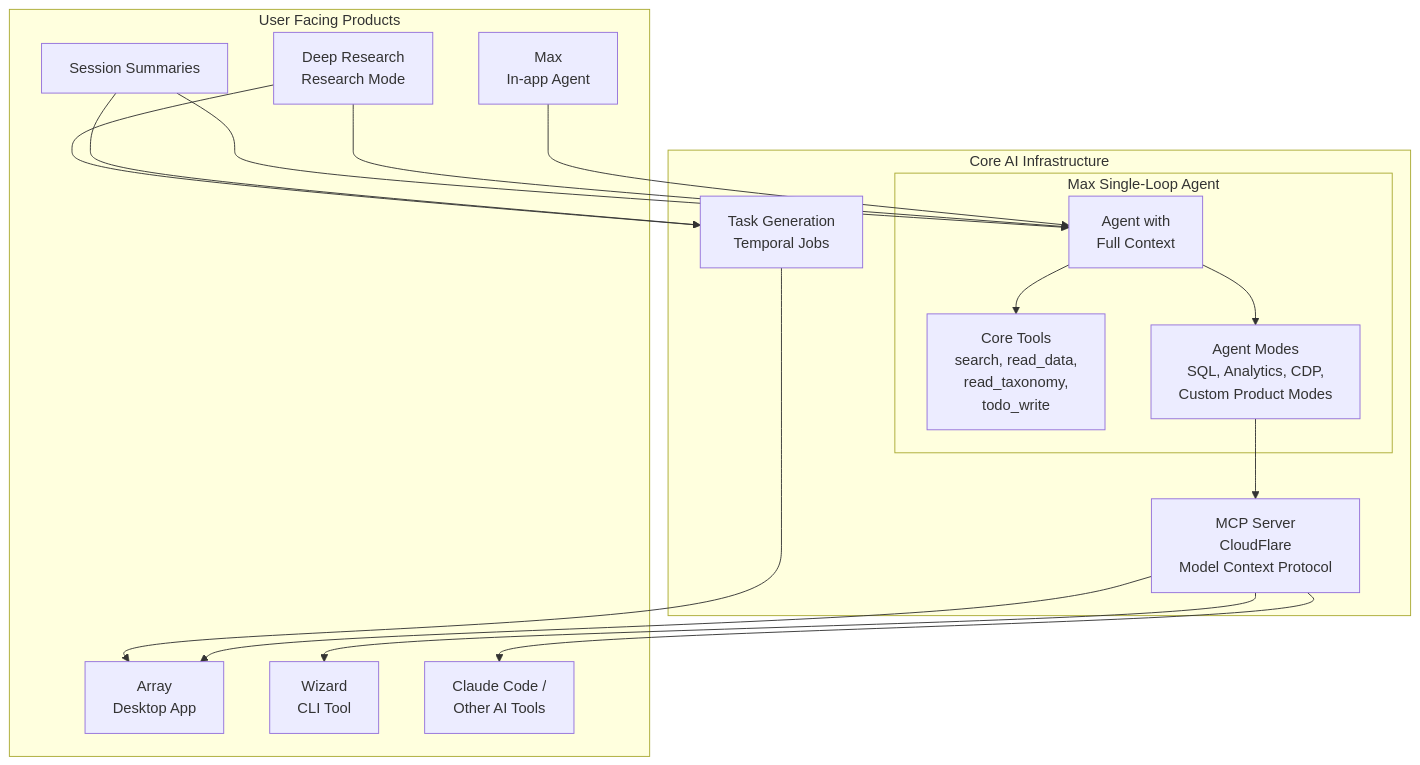
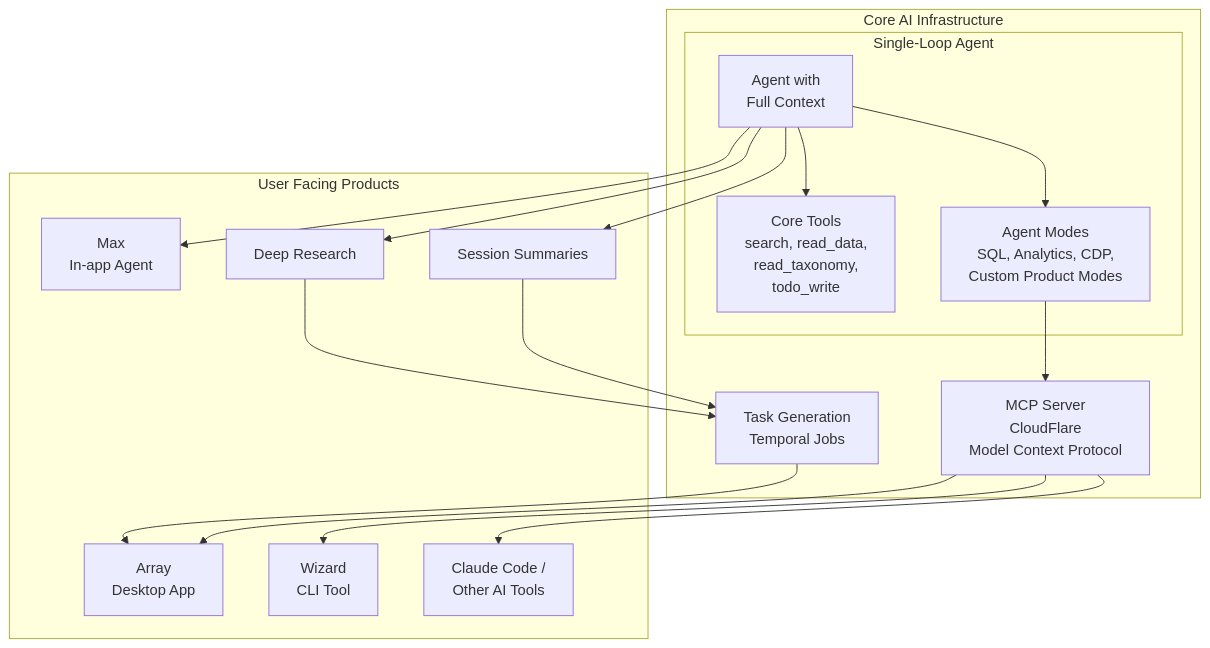
Before and after one commit to PostHog/posthog.com: the third of 5 diagrams in contents/handbook/engineering/ai-platform.md, drawn with Mermaid. The commit also changed other lines of this file and 2 other files, not shown here.

````diff
--- a/contents/handbook/engineering/ai-platform.md
+++ b/contents/handbook/engineering/ai-platform.md
@@ -478,40 +478,40 @@
 ```mermaid
 graph TB
     subgraph "User Facing Products"
         MaxUI[Max<br/>In-app Agent]
-        DeepResearch[Deep Research<br/>Research Mode]
+        DeepResearch[Deep Research]
         SessionSum[Session Summaries]
         ArrayApp[Array<br/>Desktop App]
         Wizard[Wizard<br/>CLI Tool]
         ClaudeCode[Claude Code /<br/>Other AI Tools]
     end
 
     subgraph "Core AI Infrastructure"
-        subgraph "Max Single-Loop Agent"
+        subgraph "Single-Loop Agent"
             Agent[Agent with<br/>Full Context]
             CoreTools[Core Tools<br/>search, read_data,<br/>read_taxonomy,<br/>todo_write]
             Modes[Agent Modes<br/>SQL, Analytics, CDP,<br/>Custom Product Modes]
         end
 
         MCP[MCP Server<br/>CloudFlare<br/>Model Context Protocol]
         TaskGen[Task Generation<br/>Temporal Jobs]
     end
 
-    MaxUI --> Agent
-    DeepResearch --> Agent
-    SessionSum --> Agent
+    Agent --> MaxUI
+    Agent --> DeepResearch
+    Agent --> SessionSum
 
     Agent --> CoreTools
     Agent --> Modes
 
     Modes --> MCP
 
     MCP --> ArrayApp
     MCP --> Wizard
     MCP --> ClaudeCode
 
     SessionSum --> TaskGen
     DeepResearch --> TaskGen
 
     TaskGen --> ArrayApp
 ```
````
